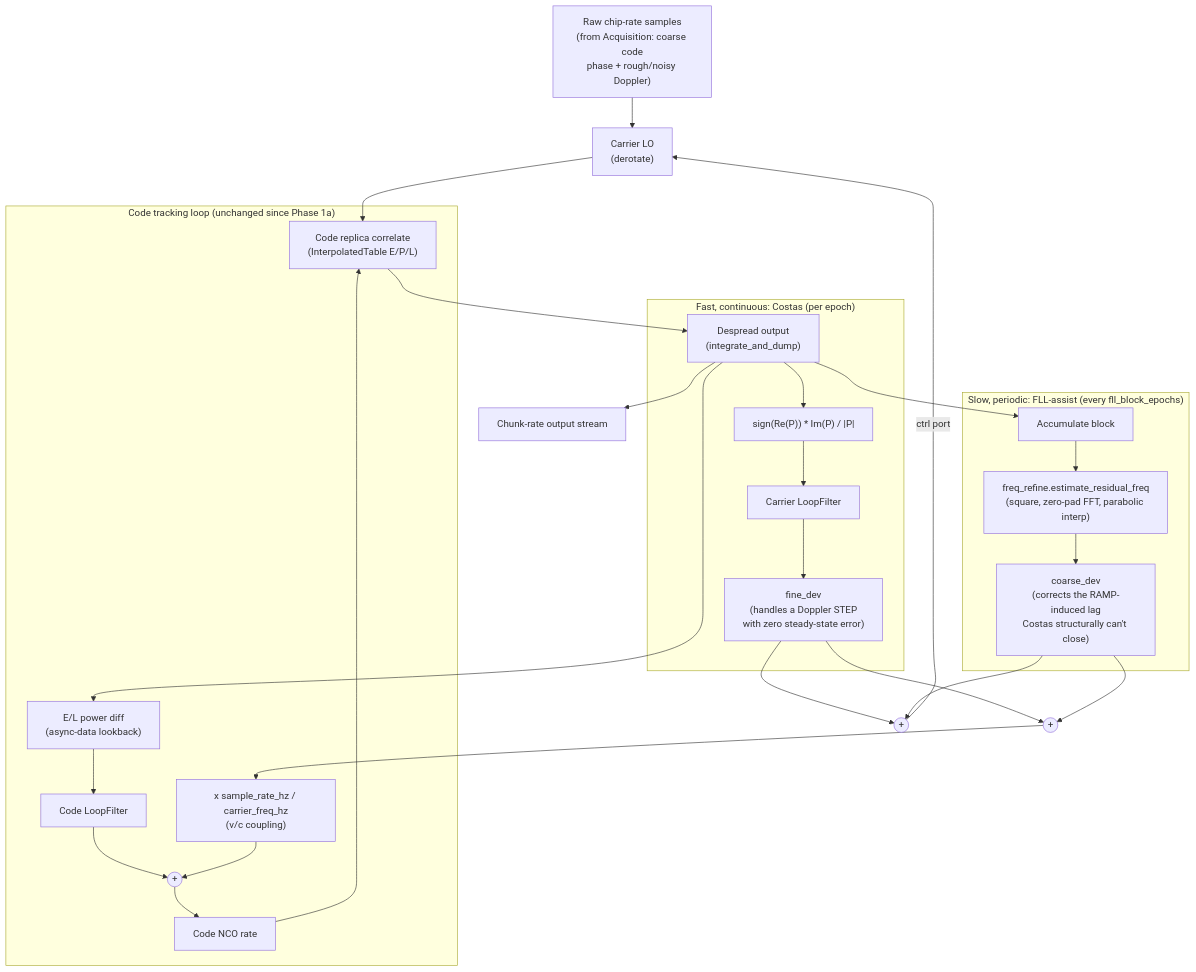
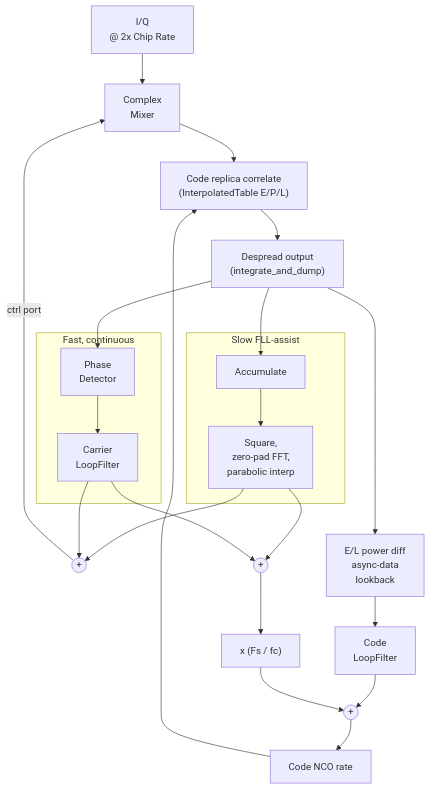
One commit to doppler-dsp/doppler changed the diagram in prototypes/async_despreader/README.md. Above: the diagram before and after it, drawn with Mermaid.

Commit message:
docs(prototypes): simplify carrier-tracking diagram, fix missing edge
Simplified the mermaid diagram's node labels for legibility. Verified
against despreader_coupled.py: the simplification dropped the
Costas fine-deviation -> code-Doppler-aid-sum edge (the real code's
total_car_dev = coarse_dev + fine_dev feeds the v/c aid scale, not
coarse_dev alone) -- added CARLF --> AIDSUM back and gave it the same
"+" circle shape as the other two summation points.

Verified both the original and fixed diagrams parse correctly and
resolve to the intended edge list via mermaid's own parser (v11.16.0),
run against jsdom rather than assumed.

````diff
--- a/prototypes/async_despreader/README.md
+++ b/prototypes/async_despreader/README.md
@@ -18,38 +18,49 @@
 ```mermaid
 flowchart TD
-    RAW["Raw chip-rate samples\n(from Acquisition: coarse code\nphase + rough/noisy Doppler)"]
+    RAW["I/Q 
+    @ 2x Chip Rate"]
 
-    RAW --> DEROT["Carrier LO\n(derotate)"]
-    DEROT --> REPLICA["Code replica correlate\n(InterpolatedTable E/P/L)"]
+    RAW --> 
+    DEROT["Complex 
+      Mixer"]
+    DEROT --> 
+    REPLICA["Code replica correlate
+      (InterpolatedTable E/P/L)"]
     REPLICA --> DESPREAD["Despread output\n(integrate_and_dump)"]
-    DESPREAD --> OUT["Chunk-rate output stream"]
 
-    subgraph FAST["Fast, continuous: Costas (per epoch)"]
-        DESPREAD --> COSTASD["sign(Re(P)) * Im(P) / |P|"]
-        COSTASD --> CARLF["Carrier LoopFilter"]
-        CARLF --> FINE["fine_dev\n(handles a Doppler STEP\nwith zero steady-state error)"]
+    subgraph FAST["Fast, continuous"]
+        COSTASD["Phase 
+          Detector"]
+        COSTASD --> 
+        CARLF["Carrier 
+          LoopFilter"]
+    end
+   DESPREAD --> COSTASD
+   DESPREAD --> FLLBUF
+    subgraph SLOW["Slow FLL-assist"]
+        FLLBUF["Accumulate"]
+        FLLBUF --> 
+        FLLEST["Square, 
+         zero-pad FFT, 
+         parabolic interp"]
     end
 
-    subgraph SLOW["Slow, periodic: FLL-assist (every fll_block_epochs)"]
-        DESPREAD --> FLLBUF["Accumulate block"]
-        FLLBUF --> FLLEST["freq_refine.estimate_residual_freq\n(square, zero-pad FFT, parabolic interp)"]
-        FLLEST --> COARSE["coarse_dev\n(corrects the RAMP-induced lag\nCostas structurally can't close)"]
-    end
-
-    FINE --> CTRLSUM(("+"))
-    COARSE --> CTRLSUM
+    FLLEST --> CTRLSUM(("+"))
+    CARLF --> CTRLSUM(("+"))
     CTRLSUM -->|"ctrl port"| DEROT
 
-    FINE --> AIDSUM(("+"))
-    COARSE --> AIDSUM
-    AIDSUM --> AIDSCALE["x sample_rate_hz / carrier_freq_hz\n(v/c coupling)"]
+    FLLEST --> AIDSUM(("+"))
+    CARLF --> AIDSUM(("+"))
+    AIDSUM --> AIDSCALE["x (Fs / fc)"]
 
-    subgraph CODE["Code tracking loop (unchanged since Phase 1a)"]
-        DESPREAD --> CODEDISC["E/L power diff\n(async-data lookback)"]
-        CODEDISC --> CODELF["Code LoopFilter"]
-        CODELF --> CODESUM(("+"))
-        AIDSCALE --> CODESUM
-        CODESUM --> CODENCO["Code NCO rate"]
-        CODENCO --> REPLICA
-    end
+   DESPREAD --> 
+   CODEDISC["E/L power diff
+      async-data 
+      lookback"]
+   CODEDISC --> CODELF["Code 
+      LoopFilter"]
+   CODELF --> CODESUM(("+"))
+   AIDSCALE --> CODESUM
+   CODESUM --> CODENCO["Code NCO rate"]
+   CODENCO --> REPLICA
 ```
````
